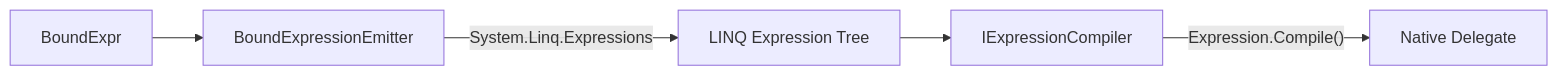
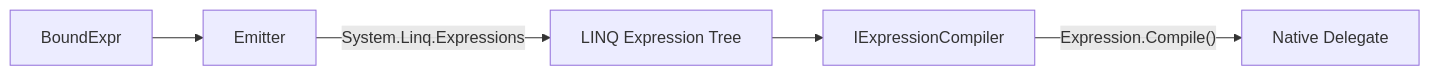
One commit to MartiSilvio/Alder changed the diagram in docs/architecture/compiler.md. Above: the diagram before and after it, drawn with Mermaid. The commit also changed other lines of this file and 117 other files, not shown here.

````diff
--- a/docs/architecture/compiler.md
+++ b/docs/architecture/compiler.md
@@ -12,7 +12,7 @@
 ```mermaid
 graph LR
-    B["BoundExpr"] --> E["BoundExpressionEmitter"]
+    B["BoundExpr"] --> E["Emitter"]
     E -->|"System.Linq.Expressions"| L["LINQ Expression Tree"]
     L --> C["IExpressionCompiler"]
     C -->|"Expression.Compile()"| D["Native Delegate"]
 ```
````
